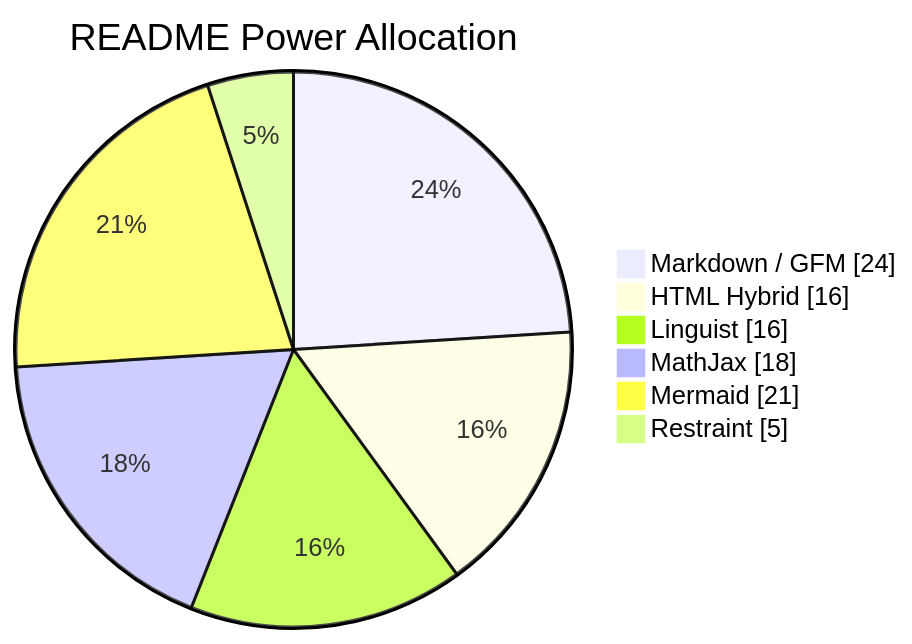
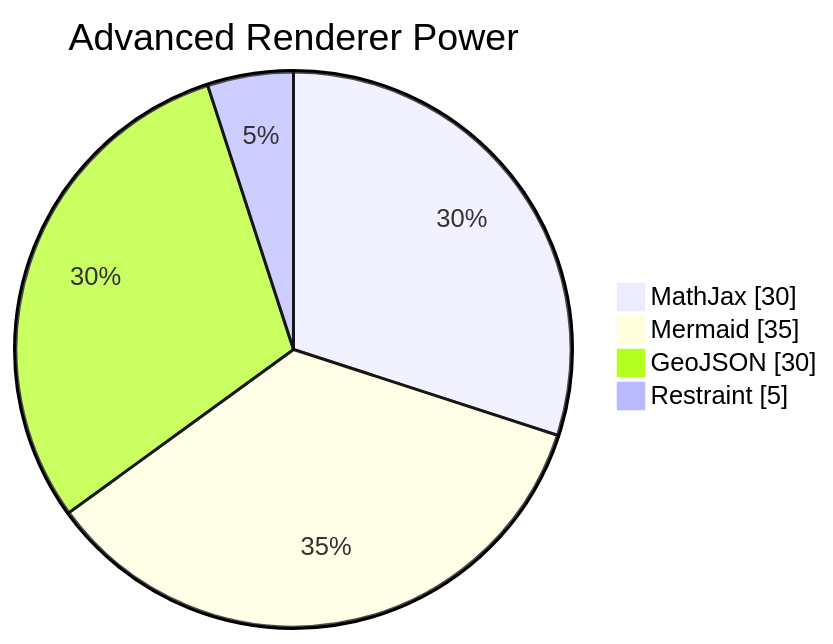
Before and after one commit to thiepn/markdown: the ninth of 16 diagrams in README.md, drawn with Mermaid. The commit also changed other lines of this file, not shown here.

Commit message:
M10: build interactive GeoJSON showcase

````diff
--- a/README.md
+++ b/README.md
@@ -1063,10 +846,8 @@
 ```mermaid
 pie showData
-    title README Power Allocation
-    "Markdown / GFM" : 24
-    "HTML Hybrid" : 16
-    "Linguist" : 16
-    "MathJax" : 18
-    "Mermaid" : 21
+    title Advanced Renderer Power
+    "MathJax" : 30
+    "Mermaid" : 35
+    "GeoJSON" : 30
     "Restraint" : 5
 ```
````
